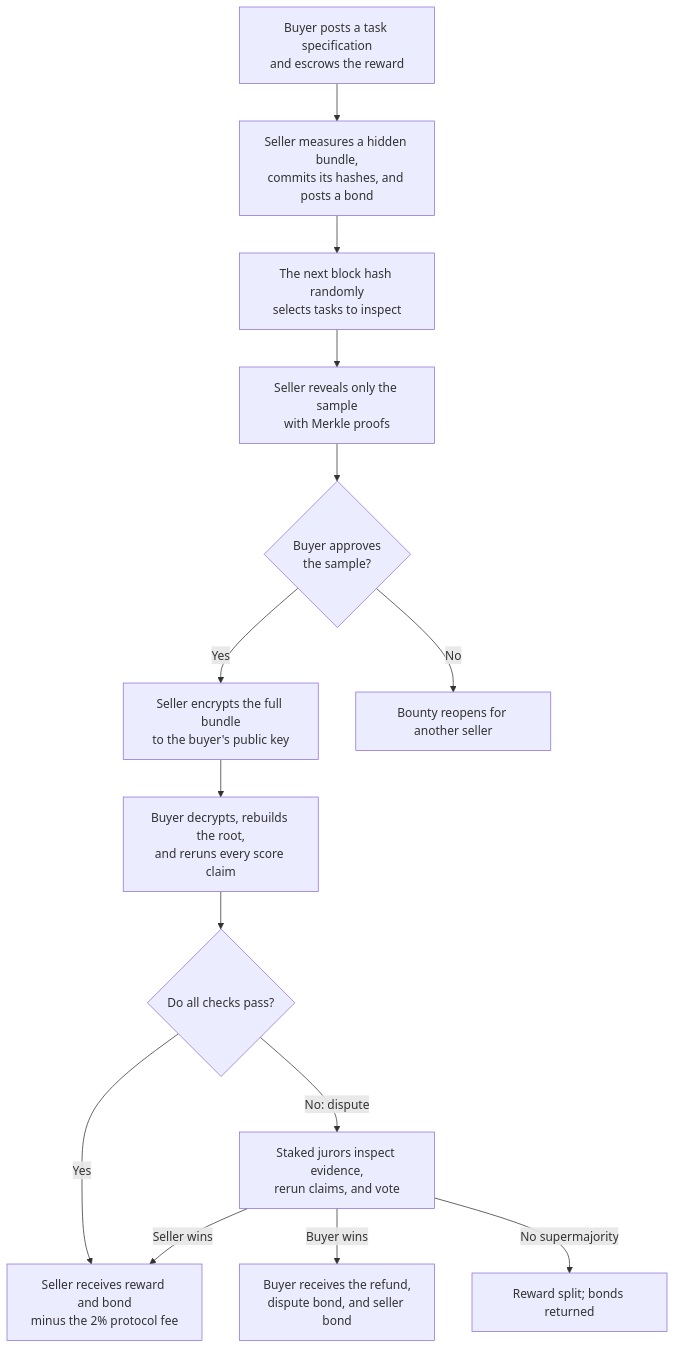
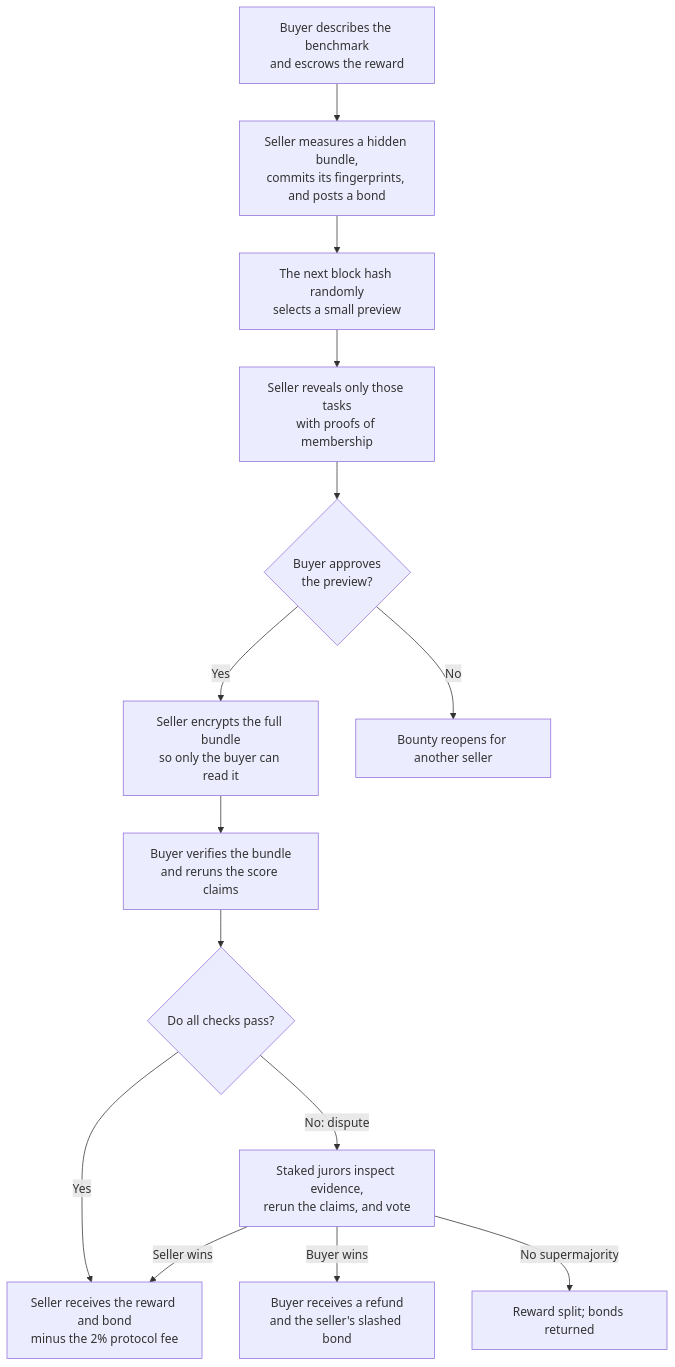
The diagram in README.md (shaunikm/evalbounty), drawn with Mermaid before and after one commit. The commit also changed other lines of this file, not shown here.

````diff
--- a/README.md
+++ b/README.md
@@ -55,24 +39,24 @@
 ```mermaid
 flowchart TD
-    A[Buyer posts a task specification<br/>and escrows the reward]
-    B[Seller measures a hidden bundle,<br/>commits its hashes, and posts a bond]
-    C[The next block hash randomly<br/>selects tasks to inspect]
-    D[Seller reveals only the sample<br/>with Merkle proofs]
-    E{Buyer approves<br/>the sample?}
-    F[Seller encrypts the full bundle<br/>to the buyer's public key]
-    G[Buyer decrypts, rebuilds the root,<br/>and reruns every score claim]
+    A[Buyer describes the benchmark<br/>and escrows the reward]
+    B[Seller measures a hidden bundle,<br/>commits its fingerprints, and posts a bond]
+    C[The next block hash randomly<br/>selects a small preview]
+    D[Seller reveals only those tasks<br/>with proofs of membership]
+    E{Buyer approves<br/>the preview?}
+    F[Seller encrypts the full bundle<br/>so only the buyer can read it]
+    G[Buyer verifies the bundle<br/>and reruns the score claims]
     H{Do all checks pass?}
-    I[Seller receives reward and bond<br/>minus the 2% protocol fee]
-    J[Staked jurors inspect evidence,<br/>rerun claims, and vote]
+    I[Seller receives the reward and bond<br/>minus the 2% protocol fee]
+    J[Staked jurors inspect evidence,<br/>rerun the claims, and vote]
     K[Bounty reopens for another seller]
-    M[Buyer receives the refund,<br/>dispute bond, and seller bond]
+    L[Buyer receives a refund<br/>and the seller's slashed bond]
 
     A --> B --> C --> D --> E
     E -- Yes --> F --> G --> H
     E -- No --> K
     H -- Yes --> I
     H -- No: dispute --> J
     J -->|Seller wins| I
-    J -->|Buyer wins| M
-    J -->|No supermajority| L[Reward split; bonds returned]
+    J -->|Buyer wins| L
+    J -->|No supermajority| M[Reward split; bonds returned]
 ```
````
